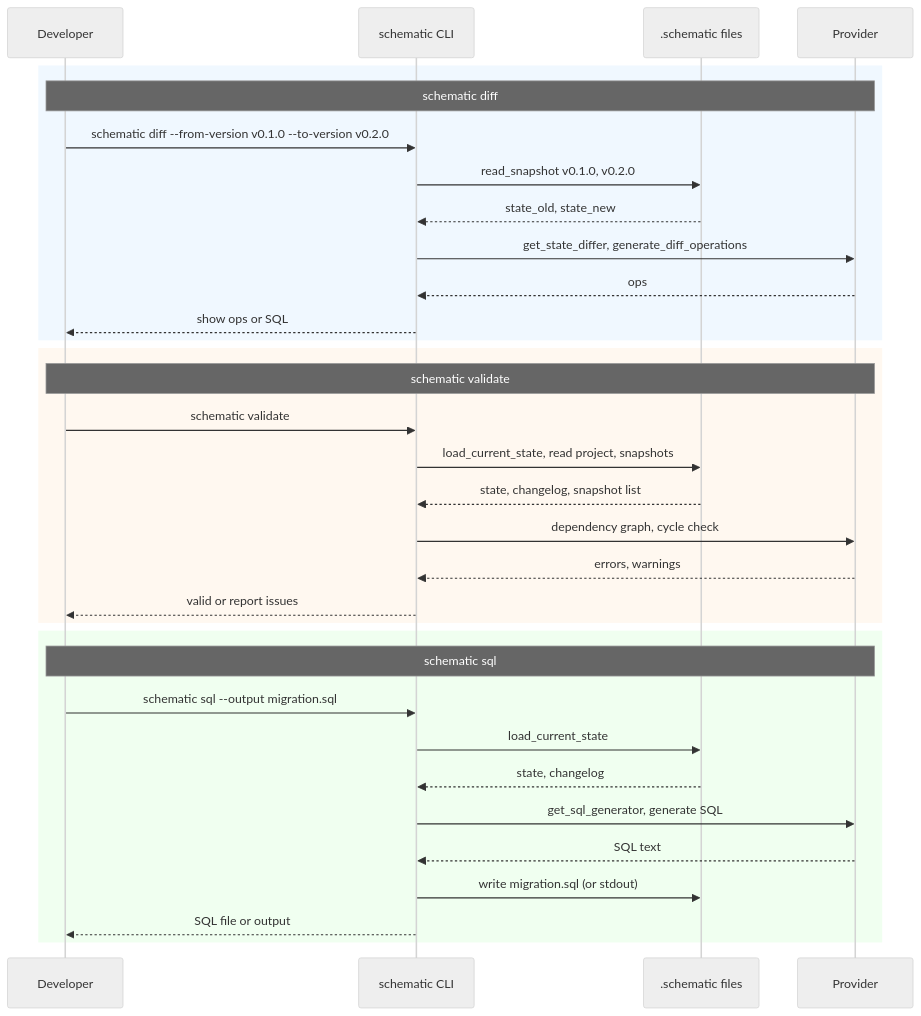
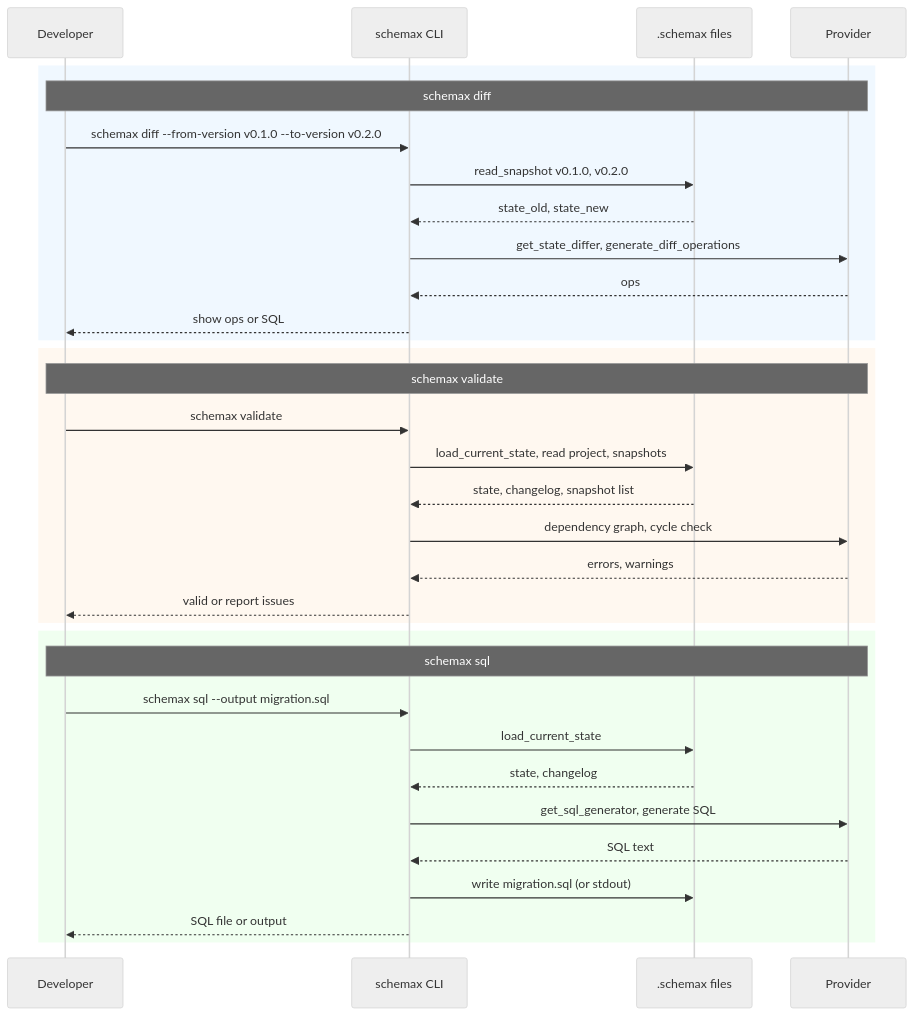
The fifth of 6 diagrams in docs/WORKFLOWS.md (vb-dbrks/schemax), drawn with Mermaid (neutral theme) before and after one commit. The commit also changed other lines of this file and 289 other files, not shown here.

First line of the commit message:
Rename schemax (#100)

````diff
--- a/docs/WORKFLOWS.md
+++ b/docs/WORKFLOWS.md
@@ -284,38 +284,38 @@
 ```mermaid
 sequenceDiagram
   participant Dev as Developer
-  participant CLI as schematic CLI
-  participant Storage as .schematic files
+  participant CLI as schemax CLI
+  participant Storage as .schemax files
   participant Provider as Provider
 
   rect rgb(240, 248, 255)
-    Note over Dev,Provider: schematic diff
-    Dev->>CLI: schematic diff --from-version v0.1.0 --to-version v0.2.0
+    Note over Dev,Provider: schemax diff
+    Dev->>CLI: schemax diff --from-version v0.1.0 --to-version v0.2.0
     CLI->>Storage: read_snapshot v0.1.0, v0.2.0
     Storage-->>CLI: state_old, state_new
     CLI->>Provider: get_state_differ, generate_diff_operations
     Provider-->>CLI: ops
     CLI-->>Dev: show ops or SQL
   end
 
   rect rgb(255, 248, 240)
-    Note over Dev,Provider: schematic validate
-    Dev->>CLI: schematic validate
+    Note over Dev,Provider: schemax validate
+    Dev->>CLI: schemax validate
     CLI->>Storage: load_current_state, read project, snapshots
     Storage-->>CLI: state, changelog, snapshot list
     CLI->>Provider: dependency graph, cycle check
     Provider-->>CLI: errors, warnings
     CLI-->>Dev: valid or report issues
   end
 
   rect rgb(240, 255, 240)
-    Note over Dev,Provider: schematic sql
-    Dev->>CLI: schematic sql --output migration.sql
+    Note over Dev,Provider: schemax sql
+    Dev->>CLI: schemax sql --output migration.sql
     CLI->>Storage: load_current_state
     Storage-->>CLI: state, changelog
     CLI->>Provider: get_sql_generator, generate SQL
     Provider-->>CLI: SQL text
     CLI->>Storage: write migration.sql (or stdout)
     CLI-->>Dev: SQL file or output
   end
 ```
````
